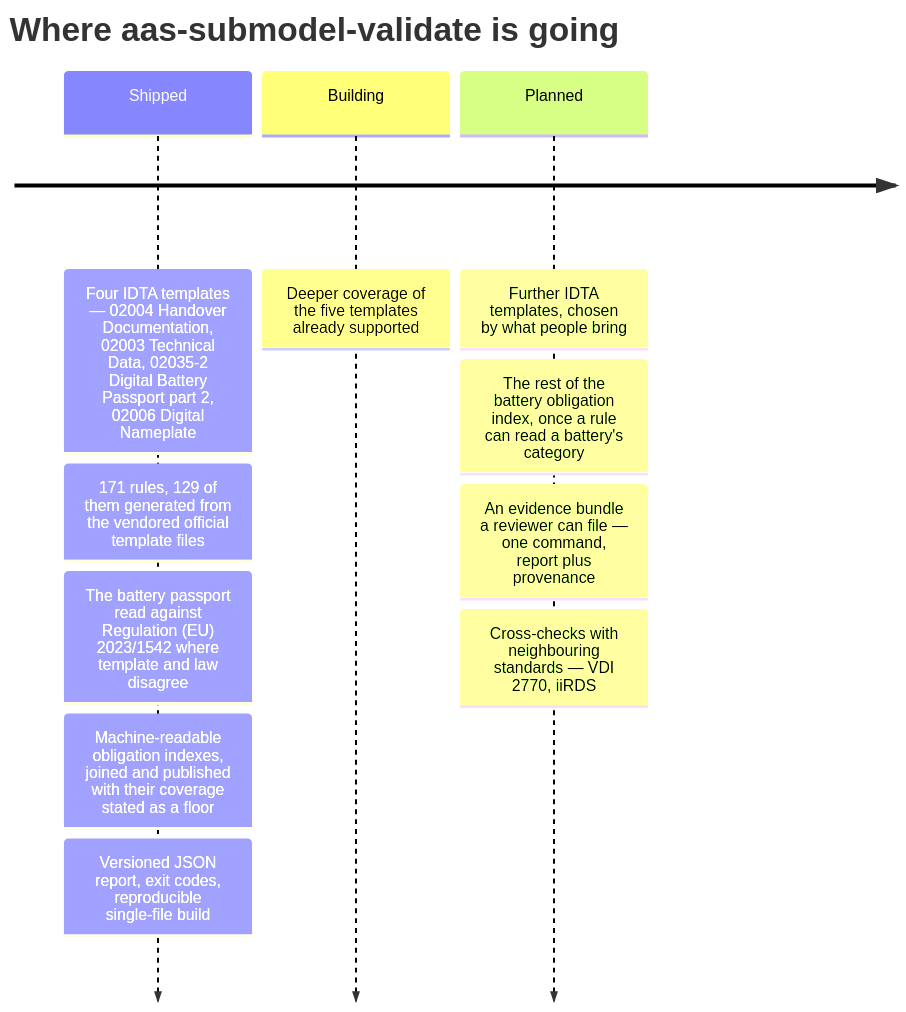
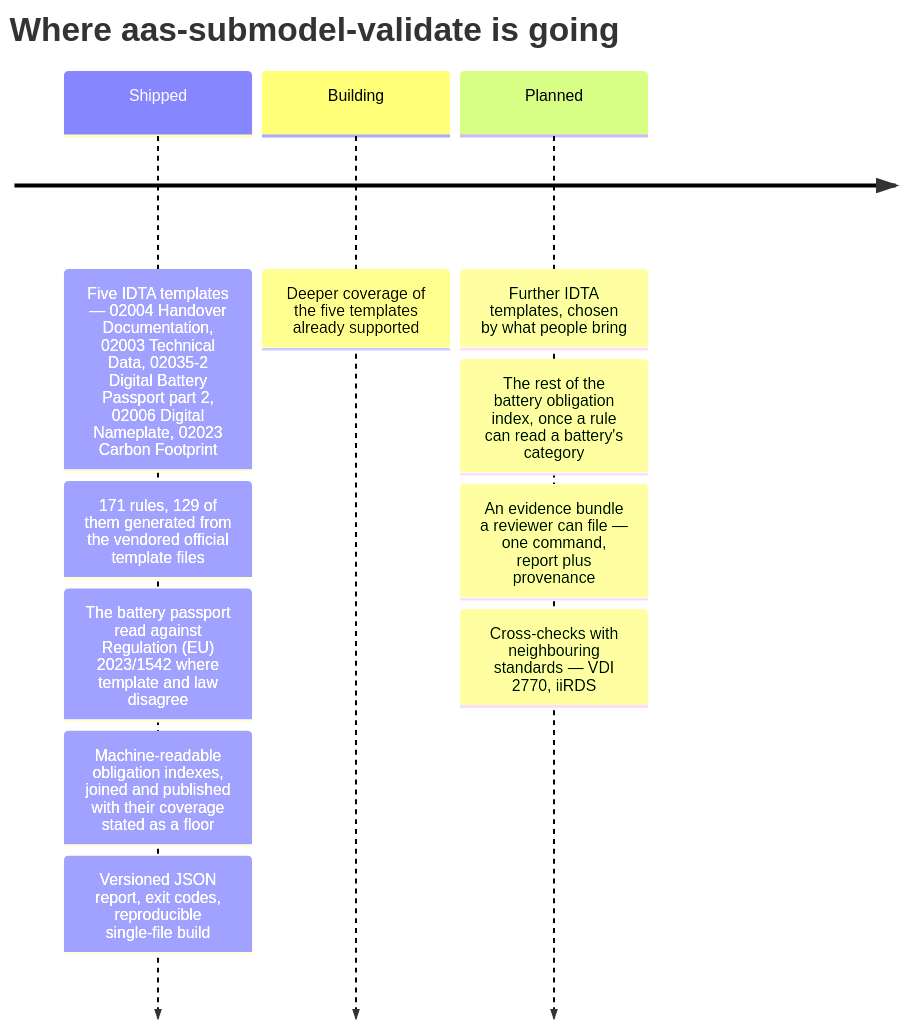
The second of 2 diagrams in README.md (dev365code/aas-submodel-validate), drawn with Mermaid before and after one commit. The commit also changed other lines of this file and 3 other files, not shown here.

````diff
--- a/README.md
+++ b/README.md
@@ -267,14 +267,14 @@
 ```mermaid
 timeline
     title Where aas-submodel-validate is going
-    Shipped : Four IDTA templates — 02004 Handover Documentation, 02003 Technical Data, 02035-2 Digital Battery Passport part 2, 02006 Digital Nameplate
+    Shipped : Five IDTA templates — 02004 Handover Documentation, 02003 Technical Data, 02035-2 Digital Battery Passport part 2, 02006 Digital Nameplate, 02023 Carbon Footprint
             : 171 rules, 129 of them generated from the vendored official template files
             : The battery passport read against Regulation (EU) 2023/1542 where template and law disagree
             : Machine-readable obligation indexes, joined and published with their coverage stated as a floor
             : Versioned JSON report, exit codes, reproducible single-file build
     Building : Deeper coverage of the five templates already supported
     Planned : Further IDTA templates, chosen by what people bring
             : The rest of the battery obligation index, once a rule can read a battery's category
             : An evidence bundle a reviewer can file — one command, report plus provenance
             : Cross-checks with neighbouring standards — VDI 2770, iiRDS
 ```
````
